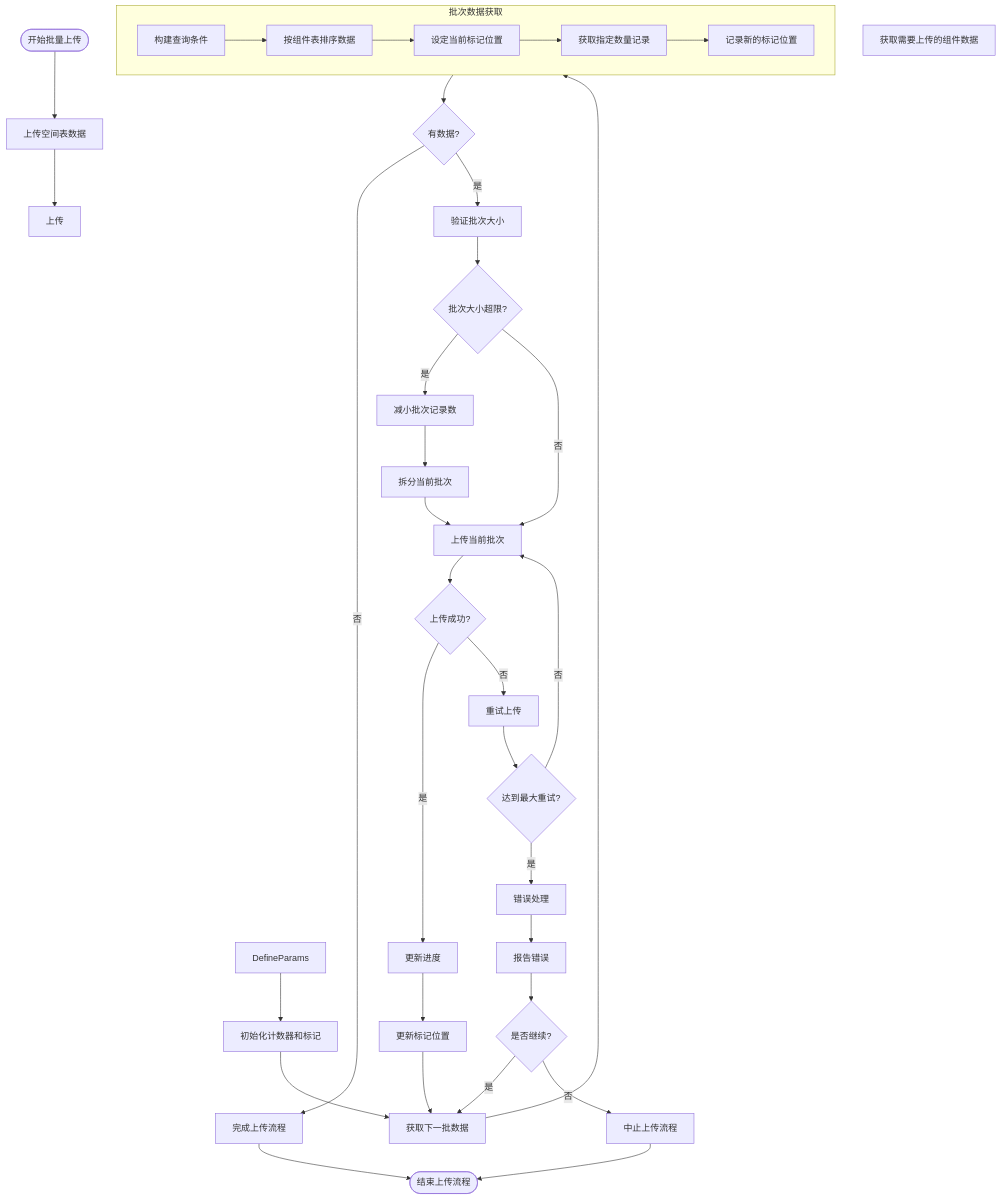
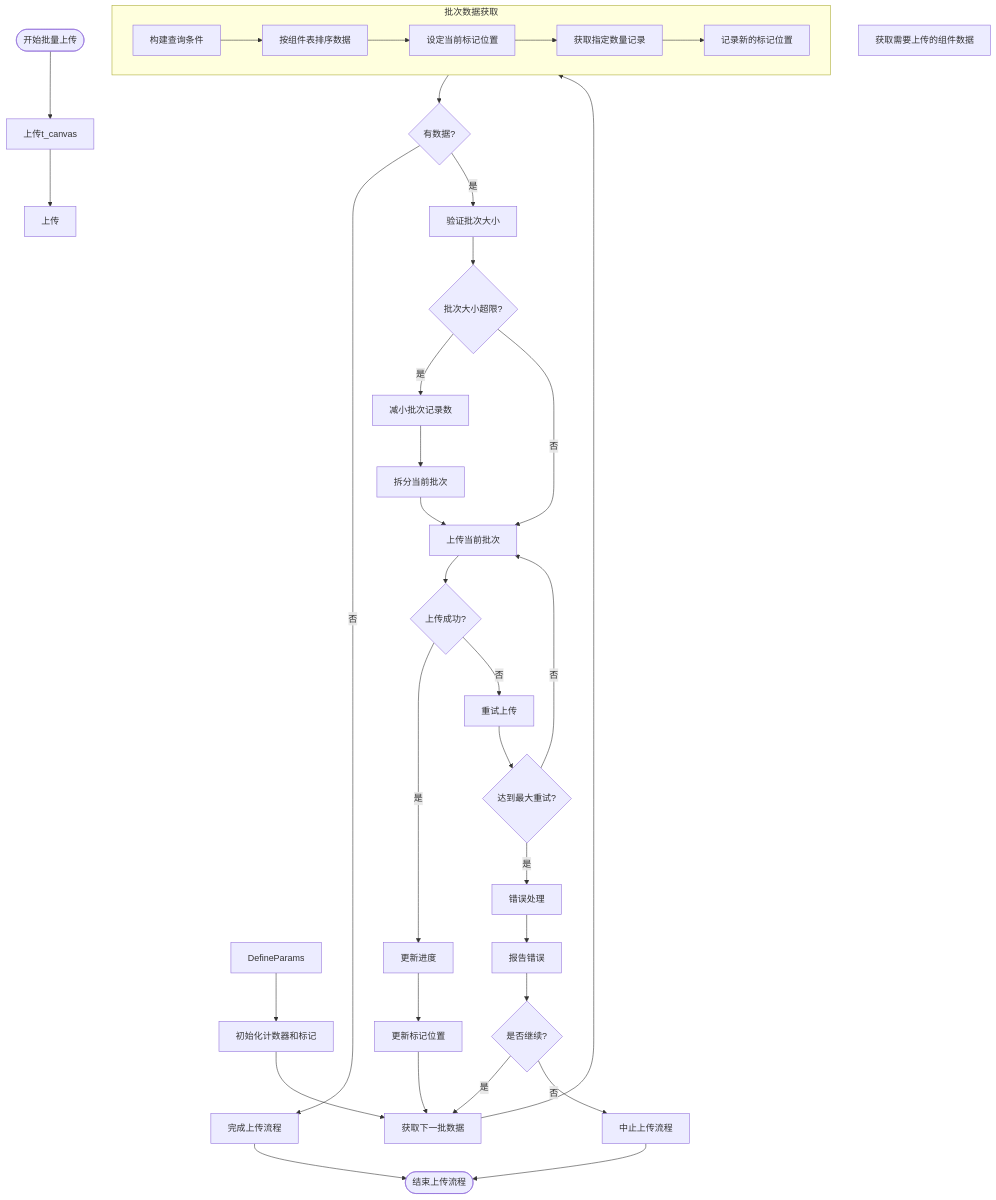
One commit to yingjianzh/iodraw-files changed the diagram in all/未命名-51.md. Above: the diagram before and after it, drawn with Mermaid.

Commit message:
2025-05-08 17:23:23 update

````diff
--- a/all/未命名-51.md
+++ b/all/未命名-51.md
@@ -1,49 +1,49 @@
 ```mermaid
 flowchart TD
-    Start([开始批量上传]) --> UploadSpaceData[上传空间表数据]
+    Start([开始批量上传]) --> UploadSpaceData[上传t_canvas]
     UploadSpaceData --> UploadComponentListData[上传]
     
     UploadData[获取需要上传的组件数据]
     DefineParams --> InitCounters[初始化计数器和标记]
     
     InitCounters --> FetchNextBatch[获取下一批数据]
     
     subgraph BatchFetch [批次数据获取]
         A[构建查询条件] --> B[按组件表排序数据]
         B --> C[设定当前标记位置]
         C --> D[获取指定数量记录]
         D --> E[记录新的标记位置]
     end
     
     FetchNextBatch --> BatchFetch
     
     BatchFetch --> CheckResults{有数据?}
     CheckResults -->|否| CompleteUpload[完成上传流程]
     CheckResults -->|是| ValidateBatch[验证批次大小]
     
     ValidateBatch --> SizeTooLarge{批次大小超限?}
     SizeTooLarge -->|是| AdjustBatchSize[减小批次记录数]
     SizeTooLarge -->|否| UploadBatch[上传当前批次]
     
     AdjustBatchSize --> SplitBatch[拆分当前批次]
     SplitBatch --> UploadBatch
     
     UploadBatch --> UploadSuccess{上传成功?}
     UploadSuccess -->|是| UpdateProgress[更新进度]
     UploadSuccess -->|否| RetryUpload[重试上传]
     
     RetryUpload --> MaxRetries{达到最大重试?}
     MaxRetries -->|否| UploadBatch
     MaxRetries -->|是| ErrorHandling[错误处理]
     
     ErrorHandling --> ReportError[报告错误]
     ReportError --> ContinueOption{是否继续?}
     ContinueOption -->|是| FetchNextBatch
     ContinueOption -->|否| AbortProcess[中止上传流程]
     
     UpdateProgress --> UpdateMarker[更新标记位置]
     UpdateMarker --> FetchNextBatch
     
     CompleteUpload --> End([结束上传流程])
     AbortProcess --> End
 ```
````
